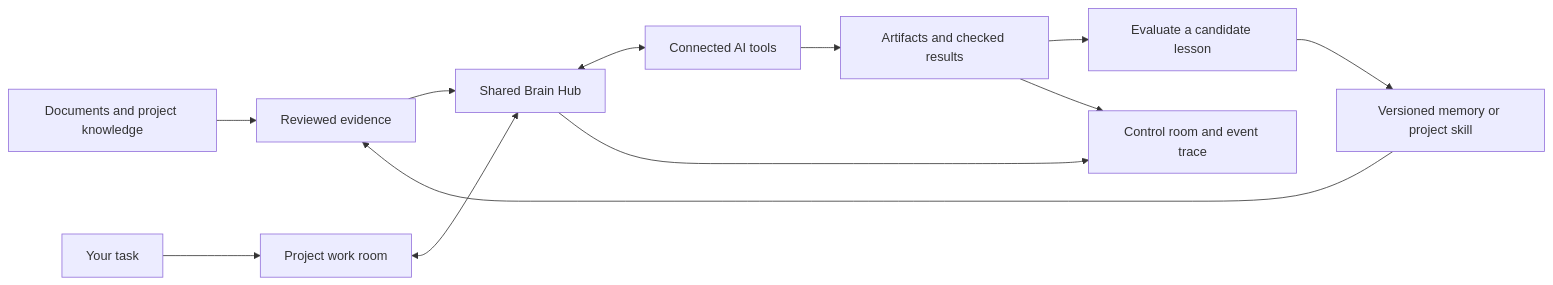
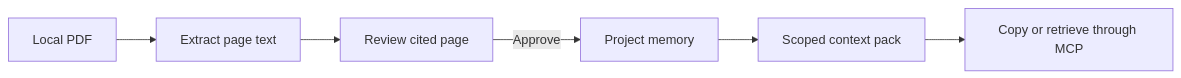
Before and after one commit to theihtishaam/agents-brain: the first of 2 diagrams in README.md, drawn with Mermaid. The commit also changed other lines of this file and 56 other files, not shown here.

Commit message:
Implement live Brain Hub, shared project work, PDF knowledge and reviewed learning

````diff
--- a/README.md
+++ b/README.md
@@ -42,14 +53,8 @@
 ```mermaid
 flowchart LR
-  D[Documents and project knowledge] --> K[Reviewed evidence]
-  K --> B[Shared Brain Hub]
-  U[Your task] --> W[Project work room]
-  W <--> B
-  B <--> A[Connected AI tools]
-  A --> R[Artifacts and checked results]
-  R --> L[Evaluate a candidate lesson]
-  L --> V[Versioned memory or project skill]
-  V --> K
-  B --> P[Control room and event trace]
-  R --> P
+  PDF[Local PDF] --> Parse[Extract page text]
+  Parse --> Review[Review cited page]
+  Review -->|Approve| Memory[Project memory]
+  Memory --> Pack[Scoped context pack]
+  Pack --> Host[Copy or retrieve through MCP]
 ```
````
